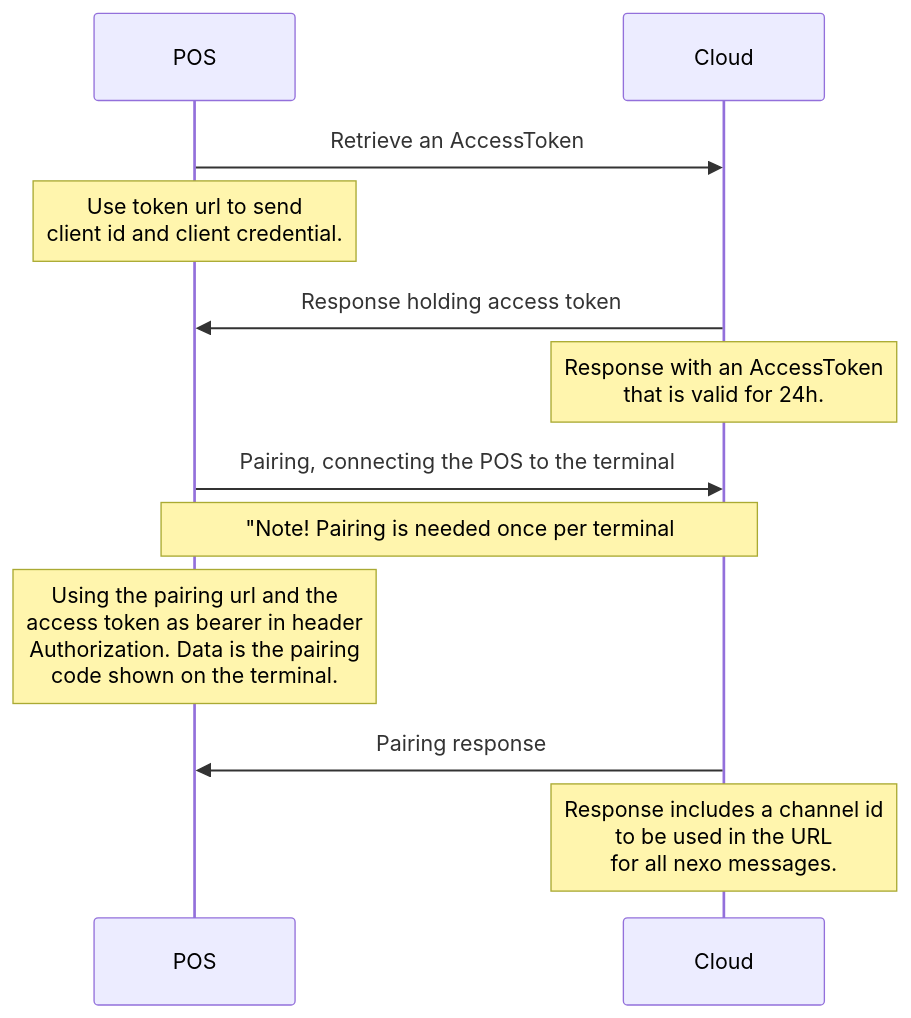
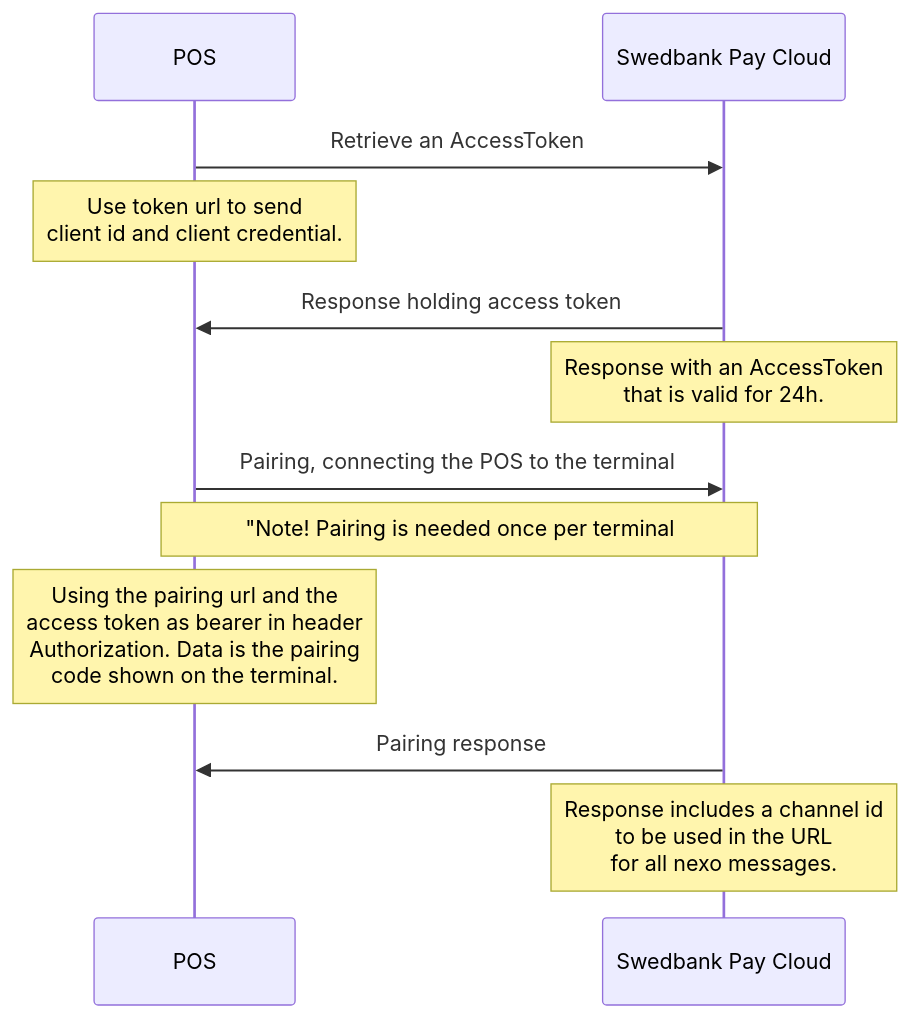
The diagram in pax-terminal/cloud/index.md (SwedbankPay/developer.swedbankpay.com), drawn with Mermaid before and after one commit. The commit also changed other lines of this file, not shown here.

Commit message:
DEVELOP-POS: Small adjustments to cloud

````diff
--- a/pax-terminal/cloud/index.md
+++ b/pax-terminal/cloud/index.md
@@ -12,14 +14,14 @@
 ```mermaid
 sequenceDiagram
 participant POS
-participant Cloud as Cloud
+participant Cloud as Swedbank Pay Cloud
     POS->>Cloud: Retrieve an AccessToken
     Note over POS: Use token url to send <br/>client id and client credential.
     Cloud->>POS: Response holding access token
     Note over Cloud: Response with an AccessToken<br/>that is valid for 24h.
     POS->>Cloud: Pairing, connecting the POS to the terminal
     Note over Cloud,POS: "Note! Pairing is needed once per terminal
     Note over POS: Using the pairing url and the<br/>access token as bearer in header<br/>Authorization. Data is the pairing<br/>code shown on the terminal.
     Cloud->>POS: Pairing response
     Note over Cloud: Response includes a channel id <br/>to be used in the URL<br/>for all nexo messages.
 ```
````
